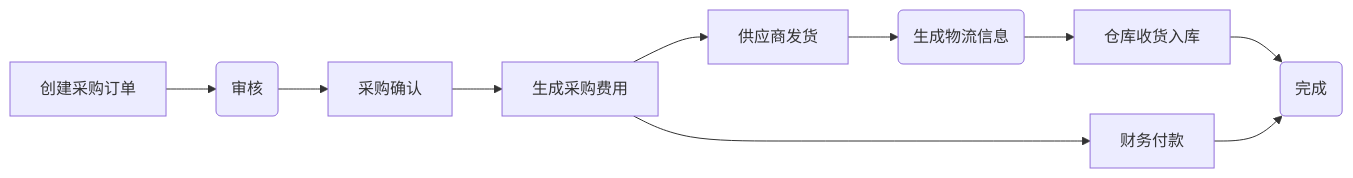
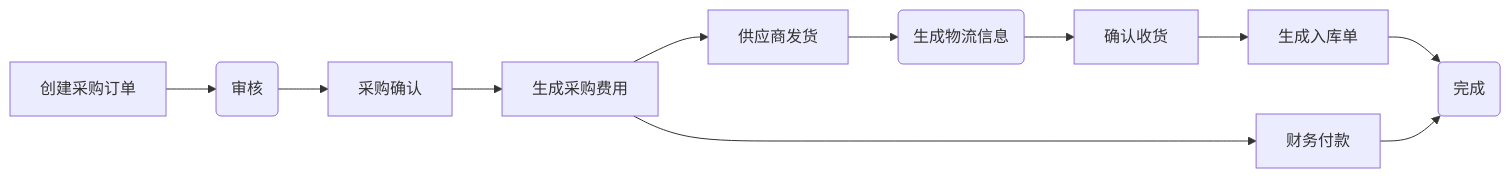
One commit to zeasin/qihangerp changed the diagram in README.md. Above: the diagram before and after it, drawn with Mermaid. The commit also changed 36 other files, not shown here.

````diff
--- a/README.md
+++ b/README.md
@@ -33,13 +33,14 @@
 ```mermaid
 graph LR
 A[创建采购订单] -->B(审核)
     B --> C[采购确认]
     C --> D[生成采购费用]
     D --> E[供应商发货]
     E --> F1(生成物流信息)
-    F1 --> G1[仓库收货入库]
+    F1 --> G1[确认收货]
+    G1 --> G3[生成入库单]
     D --> G2[财务付款]
-    G1 --> H(完成)
+    G3 --> H(完成)
     G2 --> H
 
 ```
````
